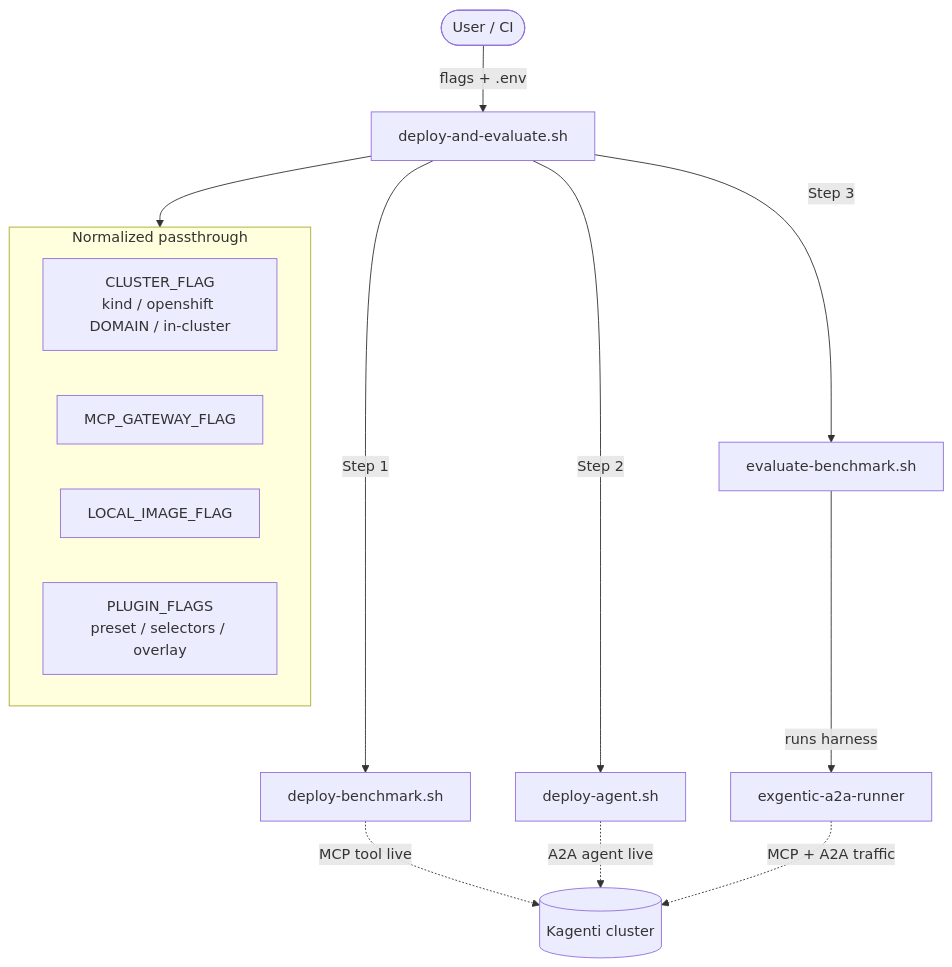
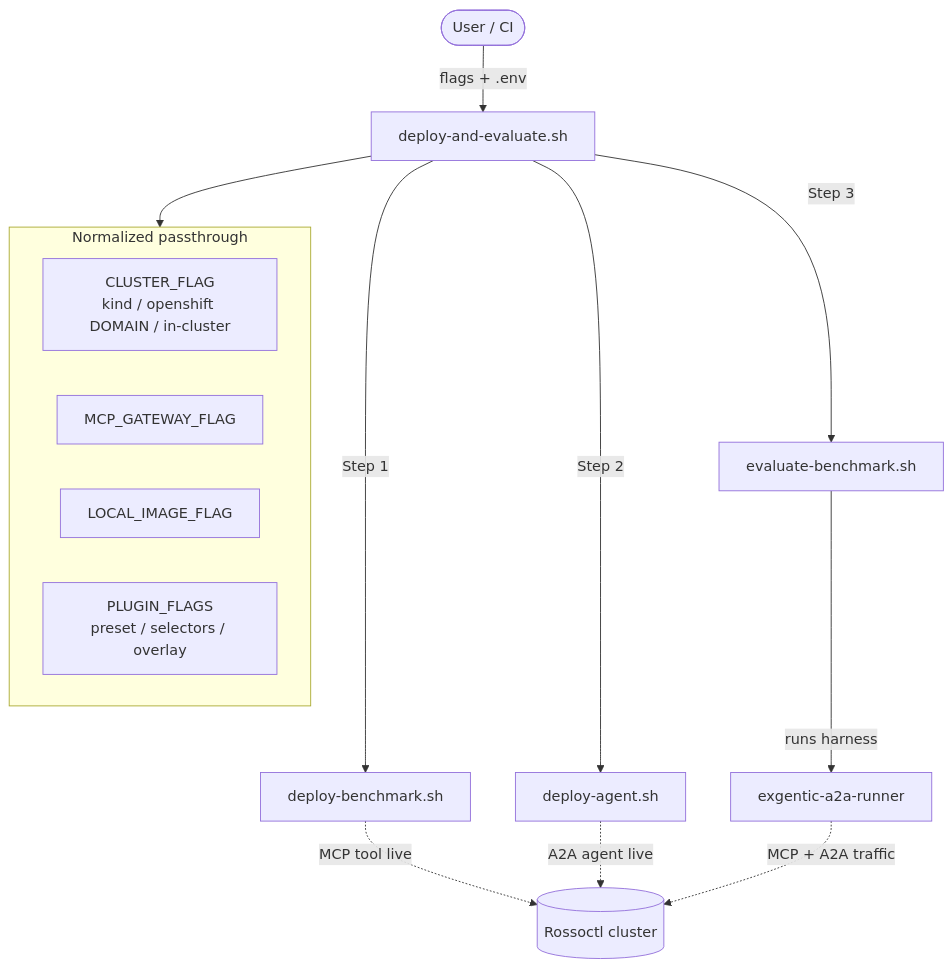
The second of 9 diagrams in exgentic_a2a_runner/docs/workflow-diagrams.md (rossoctl/workload-harness), drawn with Mermaid before and after one commit. The commit also changed other lines of this file and 17 other files, not shown here.

First line of the commit message:
rename: Kagenti → Rossoctl throughout scripts and docs

````diff
--- a/exgentic_a2a_runner/docs/workflow-diagrams.md
+++ b/exgentic_a2a_runner/docs/workflow-diagrams.md
@@ -68,21 +68,21 @@
 ```mermaid
 flowchart TD
     User([User / CI]) -->|flags + .env| ORCH[deploy-and-evaluate.sh]
 
     subgraph flags[Normalized passthrough]
         CF[CLUSTER_FLAG<br/>kind / openshift DOMAIN / in-cluster]
         GW[MCP_GATEWAY_FLAG]
         LI[LOCAL_IMAGE_FLAG]
         PF[PLUGIN_FLAGS<br/>preset / selectors / overlay]
     end
 
     ORCH --> flags
     ORCH -->|Step 1| B[deploy-benchmark.sh]
     ORCH -->|Step 2| A[deploy-agent.sh]
     ORCH -->|Step 3| E[evaluate-benchmark.sh]
 
-    B -.->|MCP tool live| K[(Kagenti cluster)]
+    B -.->|MCP tool live| K[(Rossoctl cluster)]
     A -.->|A2A agent live| K
     E -->|runs harness| H[exgentic-a2a-runner]
     H -.->|MCP + A2A traffic| K
 ```
````
